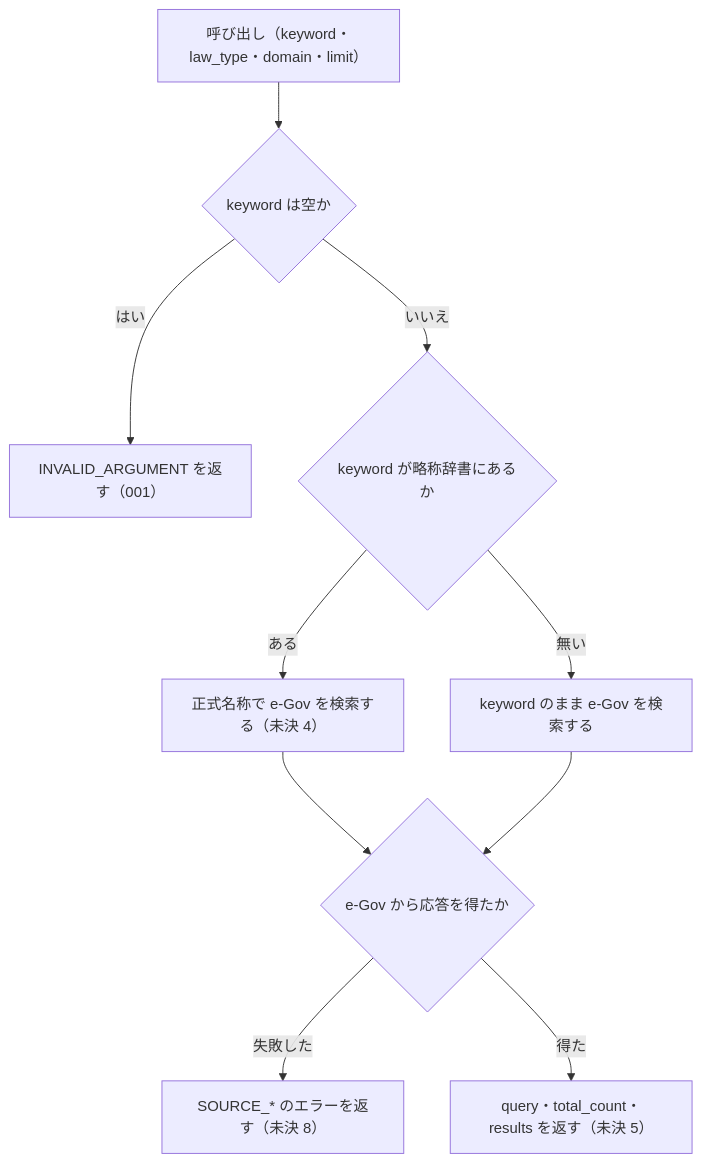
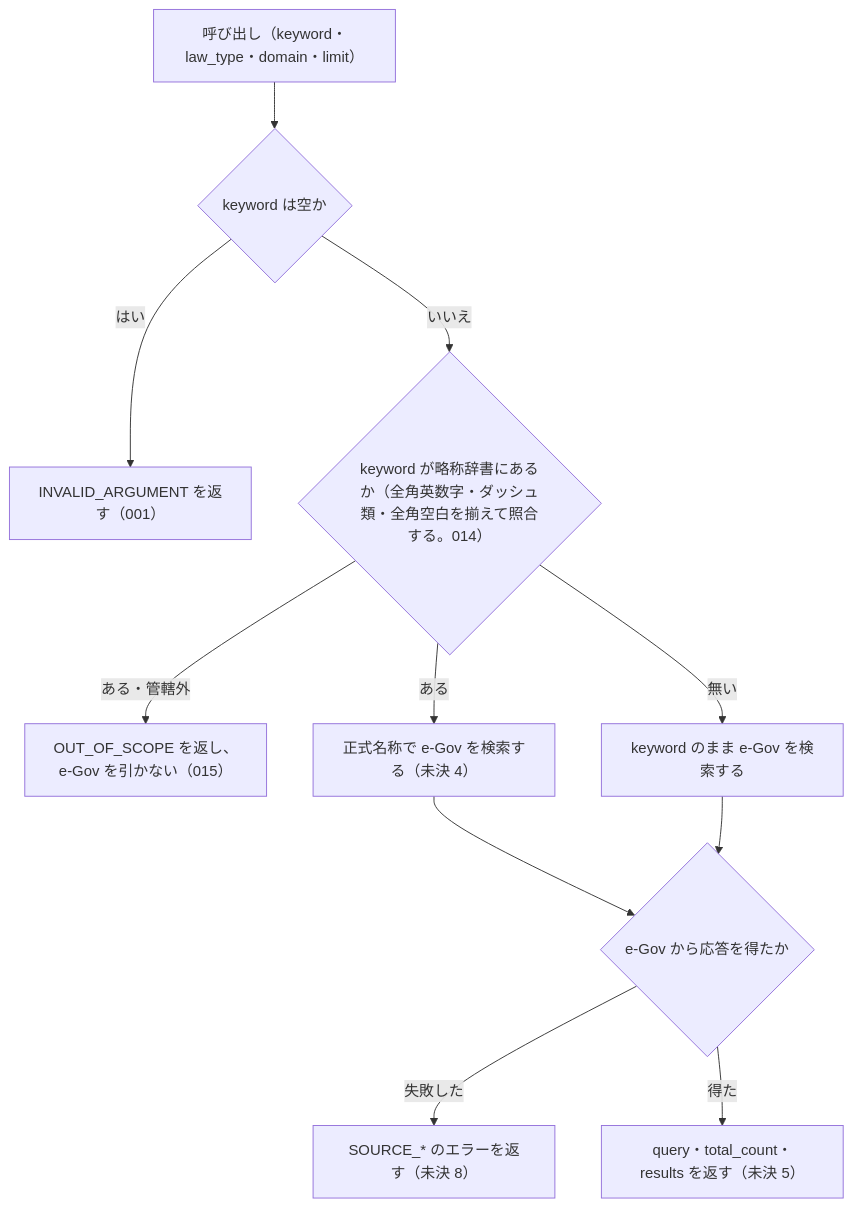
The diagram in specs/current/search_law/spec.md (shuji-bonji/houki-egov-mcp), drawn with Mermaid before and after one commit. The commit also changed other lines of this file and 67 other files, not shown here.

````diff
--- a/specs/current/search_law/spec.md
+++ b/specs/current/search_law/spec.md
@@ -29,12 +29,13 @@
 ```mermaid
 flowchart TD
   A["呼び出し（keyword・law_type・domain・limit）"] --> B{"keyword は空か"}
   B -- はい --> E1["INVALID_ARGUMENT を返す（001）"]
-  B -- いいえ --> C{"keyword が略称辞書にあるか"}
+  B -- いいえ --> C{"keyword が略称辞書にあるか（全角英数字・ダッシュ類・全角空白を揃えて照合する。014）"}
+  C -- "ある・管轄外" --> E3["OUT_OF_SCOPE を返し、e-Gov を引かない（015）"]
   C -- ある --> D["正式名称で e-Gov を検索する（未決 4）"]
   C -- 無い --> F["keyword のまま e-Gov を検索する"]
   D --> G{"e-Gov から応答を得たか"}
   F --> G
   G -- "失敗した" --> E2["SOURCE_* のエラーを返す（未決 8）"]
   G -- 得た --> H["query・total_count・results を返す（未決 5）"]
 ```
````
